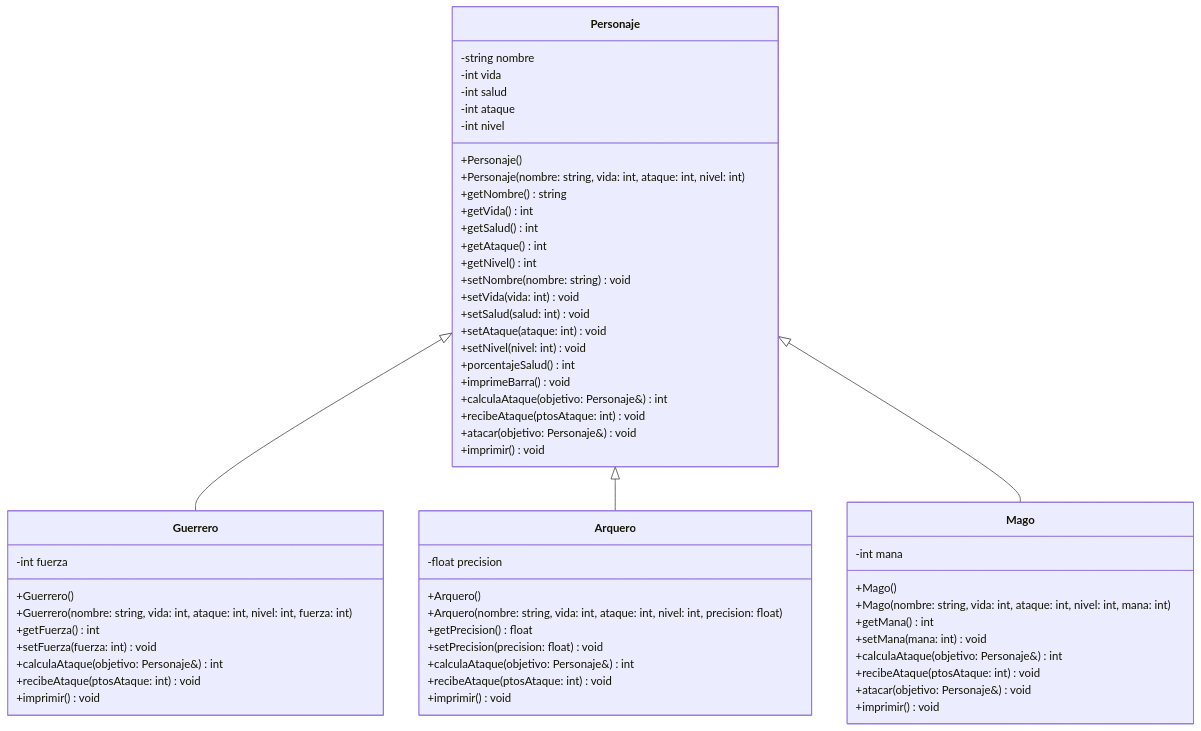
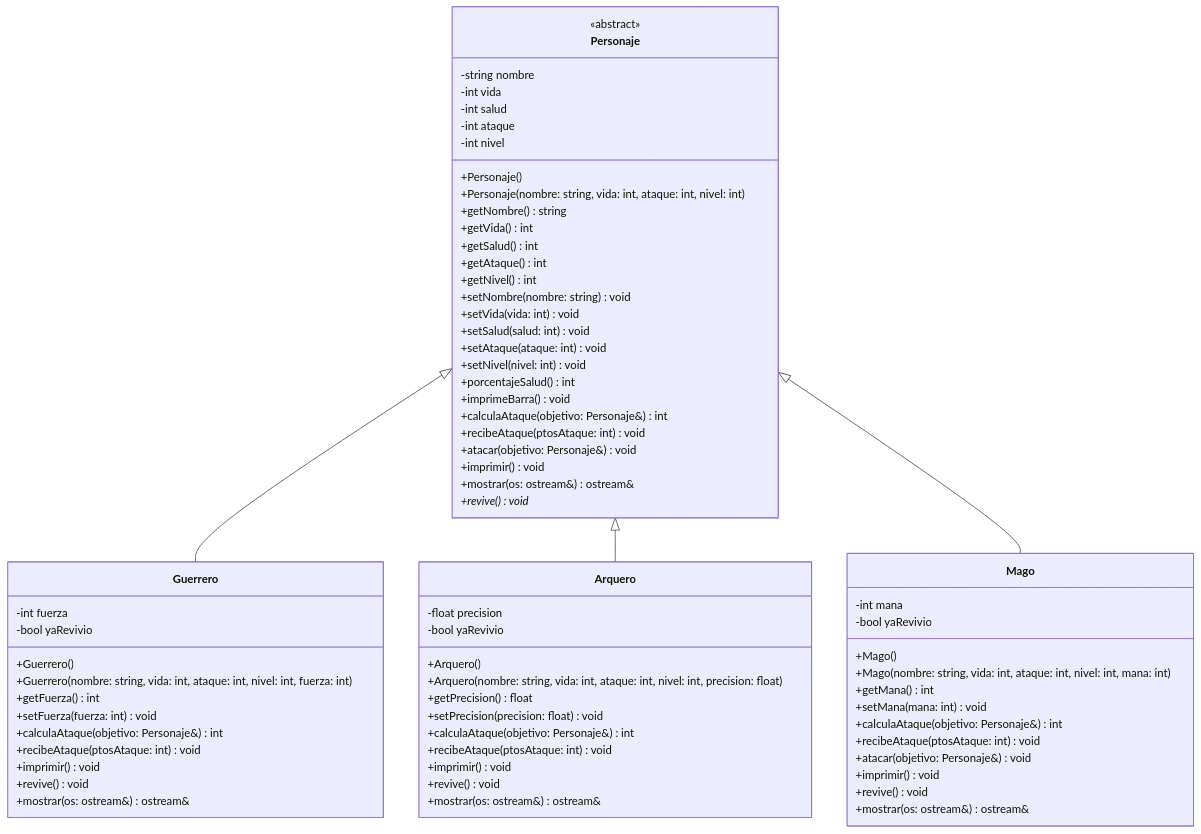
The diagram in assignments/Proyecto/README.md (leonguevara/proyecto_502038_tc1030_v26), drawn with Mermaid before and after one commit. The commit also changed other lines of this file and 9 other files, not shown here.

````diff
--- a/assignments/Proyecto/README.md
+++ b/assignments/Proyecto/README.md
@@ -3,66 +3,78 @@
 ```mermaid
 classDiagram
     class Personaje {
+        <<abstract>>
         -string nombre
         -int vida
         -int salud
         -int ataque
         -int nivel
         +Personaje()
         +Personaje(nombre: string, vida: int, ataque: int, nivel: int)
         +getNombre() string
         +getVida() int
         +getSalud() int
         +getAtaque() int
         +getNivel() int
         +setNombre(nombre: string) void
         +setVida(vida: int) void
         +setSalud(salud: int) void
         +setAtaque(ataque: int) void
         +setNivel(nivel: int) void
         +porcentajeSalud() int
         +imprimeBarra() void
         +calculaAtaque(objetivo: Personaje&) int
         +recibeAtaque(ptosAtaque: int) void
         +atacar(objetivo: Personaje&) void
         +imprimir() void
+        +mostrar(os: ostream&) ostream&
+        +revive()* void
     }
 
     class Guerrero {
         -int fuerza
+        -bool yaRevivio
         +Guerrero()
         +Guerrero(nombre: string, vida: int, ataque: int, nivel: int, fuerza: int)
         +getFuerza() int
         +setFuerza(fuerza: int) void
         +calculaAtaque(objetivo: Personaje&) int
         +recibeAtaque(ptosAtaque: int) void
         +imprimir() void
+        +revive() void
+        +mostrar(os: ostream&) ostream&
     }
 
     class Arquero {
         -float precision
+        -bool yaRevivio
         +Arquero()
         +Arquero(nombre: string, vida: int, ataque: int, nivel: int, precision: float)
         +getPrecision() float
         +setPrecision(precision: float) void
         +calculaAtaque(objetivo: Personaje&) int
         +recibeAtaque(ptosAtaque: int) void
         +imprimir() void
+        +revive() void
+        +mostrar(os: ostream&) ostream&
     }
 
     class Mago {
         -int mana
+        -bool yaRevivio
         +Mago()
         +Mago(nombre: string, vida: int, ataque: int, nivel: int, mana: int)
         +getMana() int
         +setMana(mana: int) void
         +calculaAtaque(objetivo: Personaje&) int
         +recibeAtaque(ptosAtaque: int) void
         +atacar(objetivo: Personaje&) void
         +imprimir() void
+        +revive() void
+        +mostrar(os: ostream&) ostream&
     }
 
     Personaje <|-- Guerrero
     Personaje <|-- Arquero
     Personaje <|-- Mago
 ```
````
